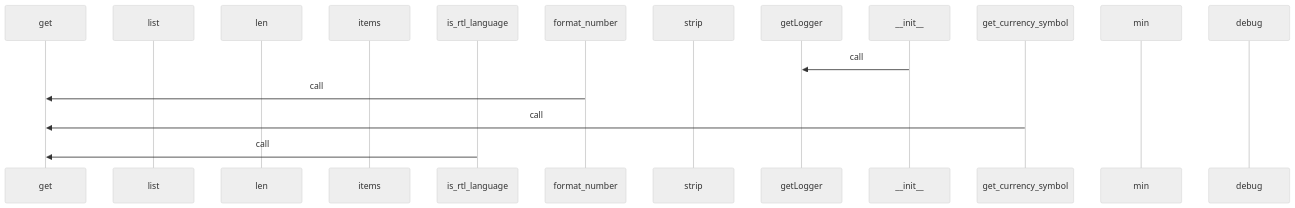
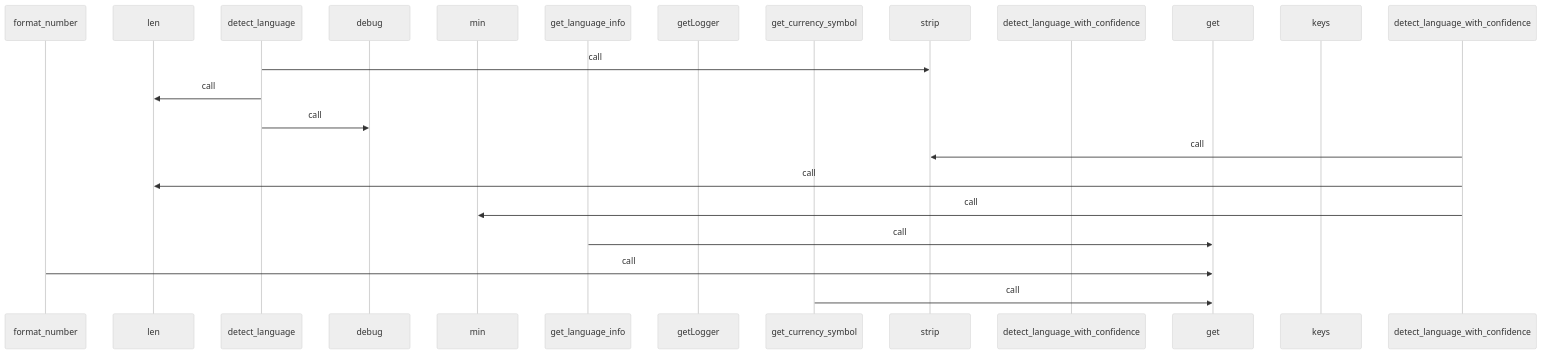
The third of 4 diagrams in generated_docs/rule_analyzer/shared/utils/language.md (yeonjae-personal/codemuse-backend), drawn with Mermaid (neutral theme) before and after one commit. The commit also changed other lines of this file and 3378 other files, not shown here.

````diff
--- a/generated_docs/rule_analyzer/shared/utils/language.md
+++ b/generated_docs/rule_analyzer/shared/utils/language.md
@@ -312,19 +312,24 @@
 ```mermaid
 sequenceDiagram
+  participant format_number as format_number
+  participant len as len
+  participant detect_language as detect_language
+  participant debug as debug
+  participant min as min
+  participant get_language_info as get_language_info
+  participant getLogger as getLogger
+  participant get_currency_symbol as get_currency_symbol
+  participant strip as strip
+  participant detect_language_with_con as detect_language_with_confidence
   participant get as get
-  participant list as list
-  participant len as len
-  participant items as items
-  participant is_rtl_language as is_rtl_language
-  participant format_number as format_number
-  participant strip as strip
-  participant getLogger as getLogger
-  participant __init__ as __init__
-  participant get_currency_symbol as get_currency_symbol
-  participant min as min
-  participant debug as debug
-  __init__->>getLogger: call
+  participant keys as keys
+  detect_language->>strip: call
+  detect_language->>len: call
+  detect_language->>debug: call
+  detect_language_with_confidence->>strip: call
+  detect_language_with_confidence->>len: call
+  detect_language_with_confidence->>min: call
+  get_language_info->>get: call
   format_number->>get: call
   get_currency_symbol->>get: call
-  is_rtl_language->>get: call
 ```
````
